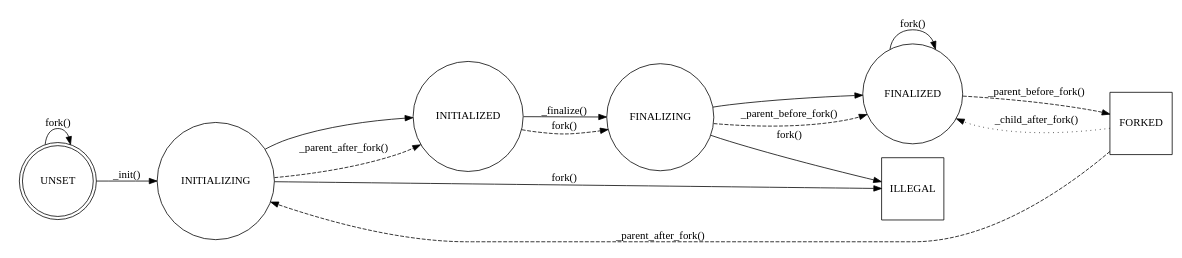
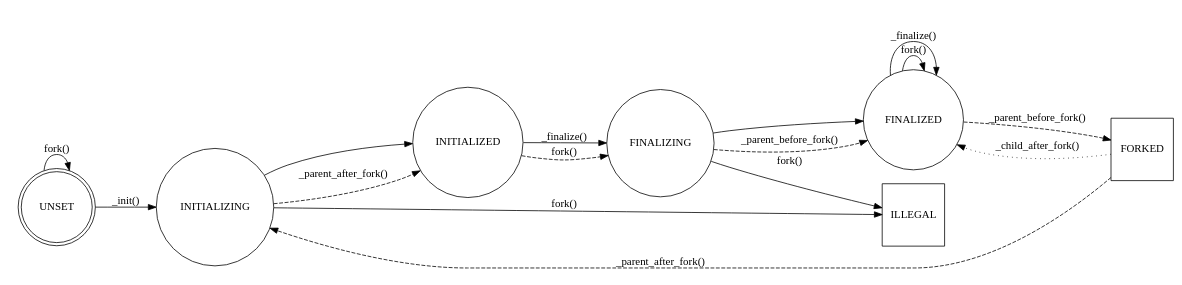
Before and after one commit to OpenBXI/bxibase: the diagram in misc/doc/bxilog/bxilog-fsm.dot, drawn with Graphviz. The commit also changed 2 other files, not shown here.

```diff
--- a/misc/doc/bxilog/bxilog-fsm.dot
+++ b/misc/doc/bxilog/bxilog-fsm.dot
@@ -1,32 +1,33 @@
 digraph bxilog_fsm {
     rankdir=LR;
     size="8,5"
 
     node [shape = doublecircle ]; UNSET;
     node [shape=circle];INITIALIZING;
     node [shape=circle]; INITIALIZED;
     node [shape=circle];FINALIZING;
     node [shape=circle];FINALIZED;
     node [shape=square];ILLEGAL;
     node [shape=square];FORKED;
     
 
 
     UNSET -> INITIALIZING [label="_init()"];
     INITIALIZING -> INITIALIZED;
     INITIALIZED -> FINALIZING [label="_finalize()"];
     FINALIZING -> FINALIZED;
     UNSET -> UNSET [label="fork()"];
     FINALIZED -> FINALIZED [label="fork()"];
     INITIALIZING -> ILLEGAL [label="fork()"];
     FINALIZING -> ILLEGAL [label="fork()"];
 
-	INITIALIZED -> FINALIZING [label="fork()", style="dashed"];
+    INITIALIZED -> FINALIZING [label="fork()", style="dashed"];
     FINALIZING -> FINALIZED [label="_parent_before_fork()", style="dashed"];
     FINALIZED -> FORKED [label="_parent_before_fork()", style="dashed"];
+    FINALIZED -> FINALIZED [label="_finalize()"]
     FORKED -> INITIALIZING [label="_parent_after_fork()", style="dashed"];
     INITIALIZING -> INITIALIZED [label="_parent_after_fork()", style="dashed"];
     
     FORKED -> FINALIZED [label="_child_after_fork()", style="dotted"];
 
 }
```
